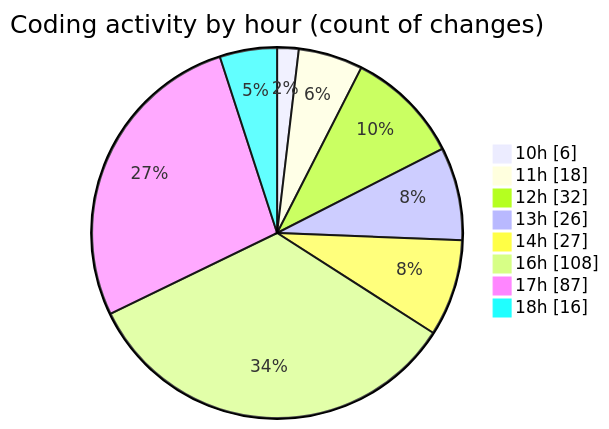
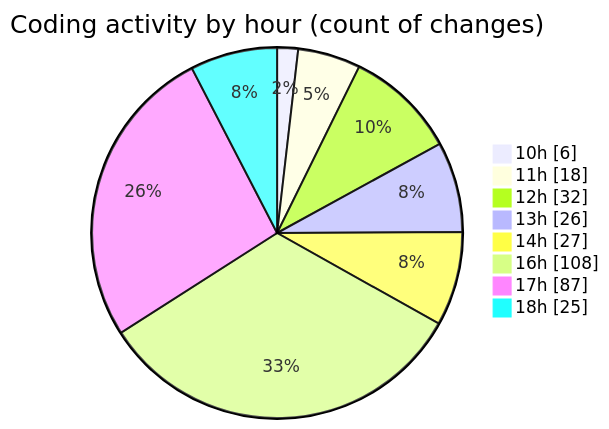
Before and after one commit to momahboobian/code-tracking: the second of 2 diagrams in 2026-09-03/cda/README.md, drawn with Mermaid. The commit also changed other lines of this file and 1 other file, not shown here.

````diff
--- a/2026-09-03/cda/README.md
+++ b/2026-09-03/cda/README.md
@@ -99,12 +100,12 @@
 ```mermaid
 pie showData
 title Coding activity by hour (count of changes)
 "10h" : 6
 "11h" : 18
 "12h" : 32
 "13h" : 26
 "14h" : 27
 "16h" : 108
 "17h" : 87
-"18h" : 16
+"18h" : 25
 ```
````
